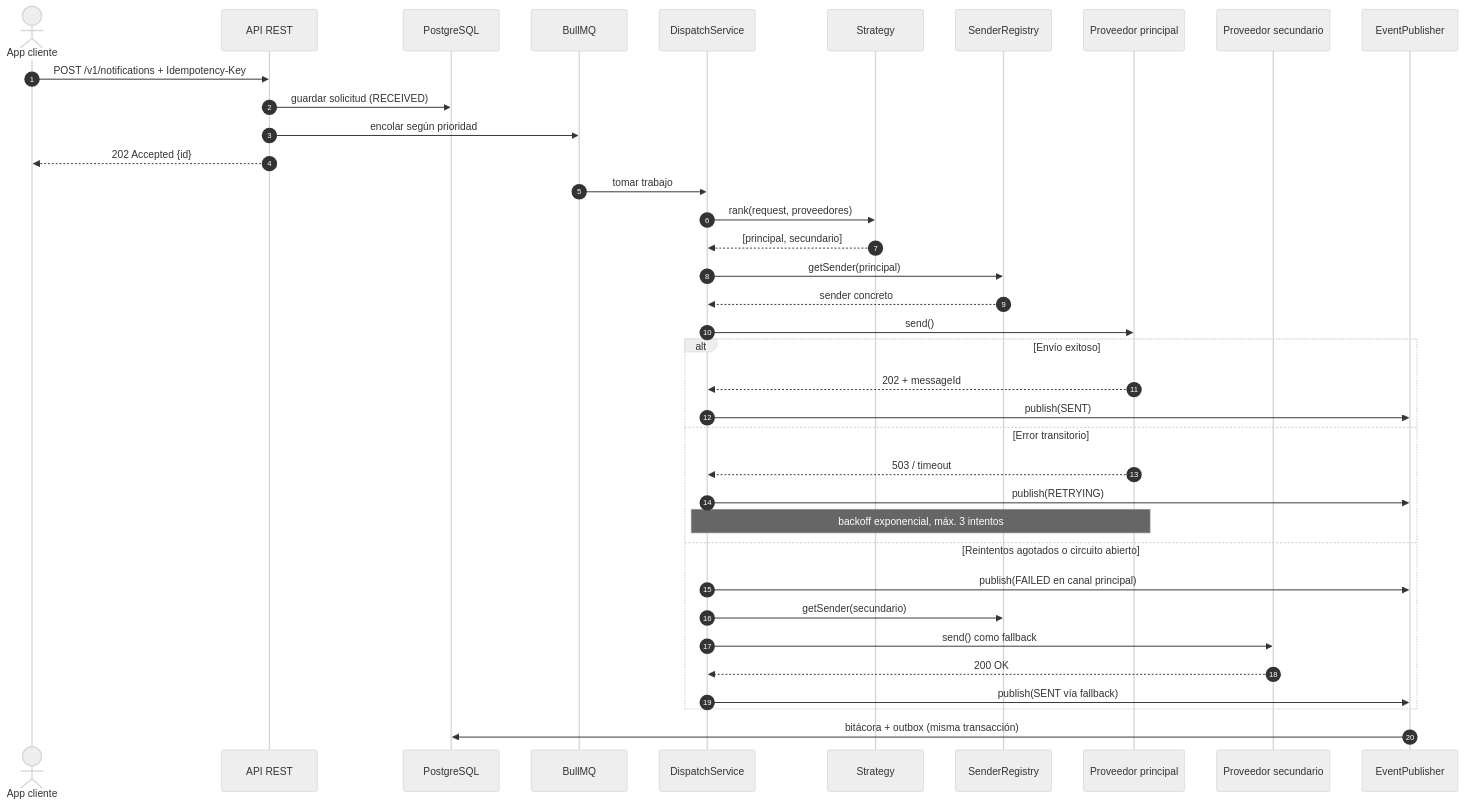
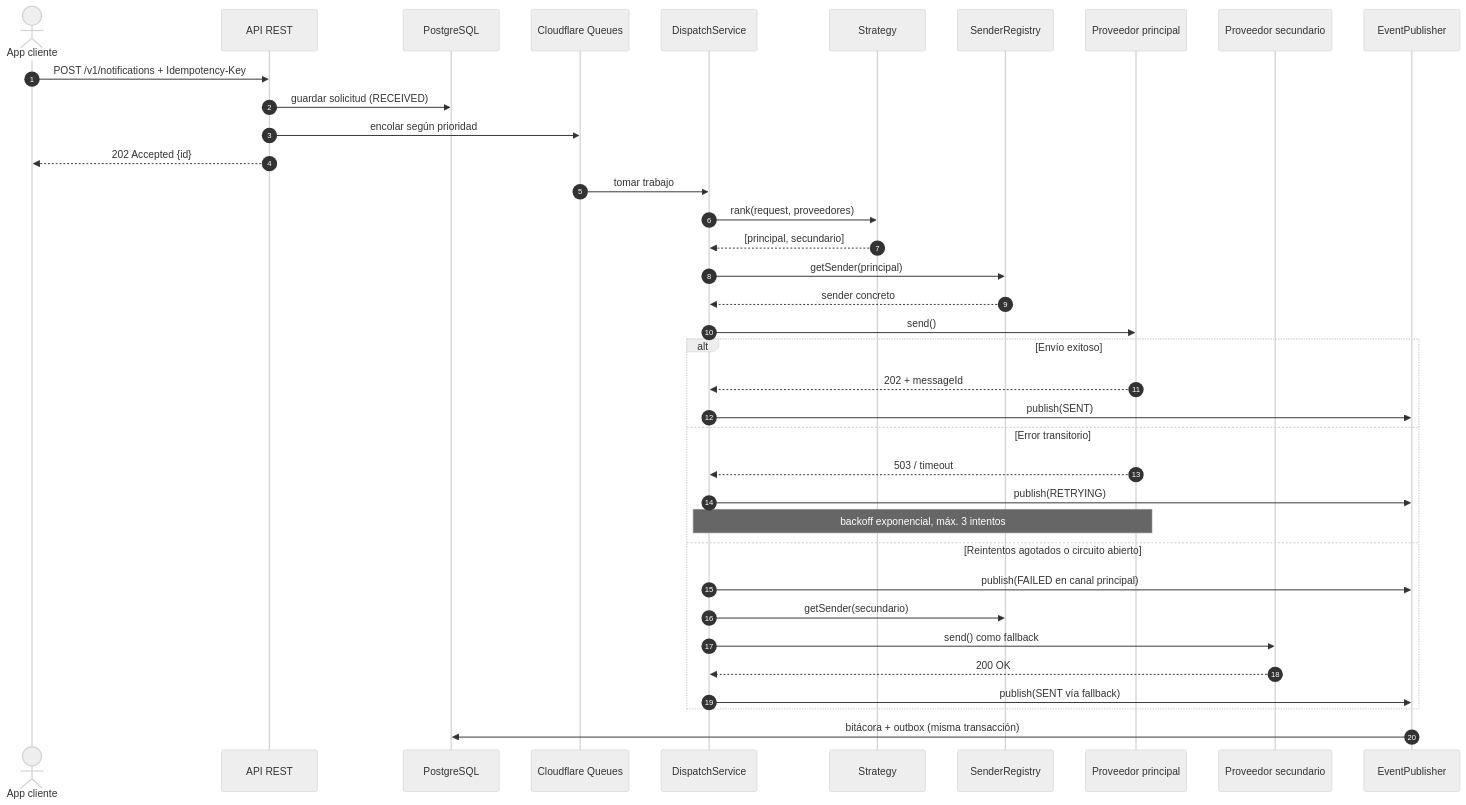
The diagram in docs/diagrams/05-secuencia-envio.mmd (joseraulsoriano/notifyhub), drawn with Mermaid (neutral theme) before and after one commit. The commit also changed 66 other files, not shown here.

```diff
--- a/docs/diagrams/05-secuencia-envio.mmd
+++ b/docs/diagrams/05-secuencia-envio.mmd
@@ -1,37 +1,37 @@
 sequenceDiagram
   autonumber
   actor C as App cliente
   participant API as API REST
   participant DB as PostgreSQL
-  participant Q as BullMQ
+  participant Q as Cloudflare Queues
   participant D as DispatchService
   participant S as Strategy
   participant F as SenderRegistry
   participant P1 as Proveedor principal
   participant P2 as Proveedor secundario
   participant E as EventPublisher
   C->>API: POST /v1/notifications + Idempotency-Key
   API->>DB: guardar solicitud (RECEIVED)
   API->>Q: encolar según prioridad
   API-->>C: 202 Accepted {id}
   Q->>D: tomar trabajo
   D->>S: rank(request, proveedores)
   S-->>D: [principal, secundario]
   D->>F: getSender(principal)
   F-->>D: sender concreto
   D->>P1: send()
   alt Envío exitoso
     P1-->>D: 202 + messageId
     D->>E: publish(SENT)
   else Error transitorio
     P1-->>D: 503 / timeout
     D->>E: publish(RETRYING)
     Note over D,P1: backoff exponencial, máx. 3 intentos
   else Reintentos agotados o circuito abierto
     D->>E: publish(FAILED en canal principal)
     D->>F: getSender(secundario)
     D->>P2: send() como fallback
     P2-->>D: 200 OK
     D->>E: publish(SENT vía fallback)
   end
   E->>DB: bitácora + outbox (misma transacción)
```
